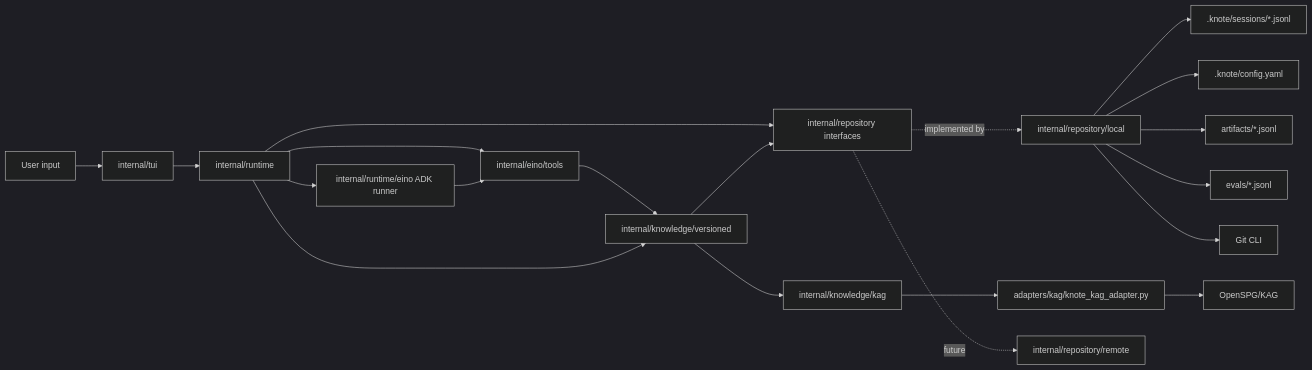
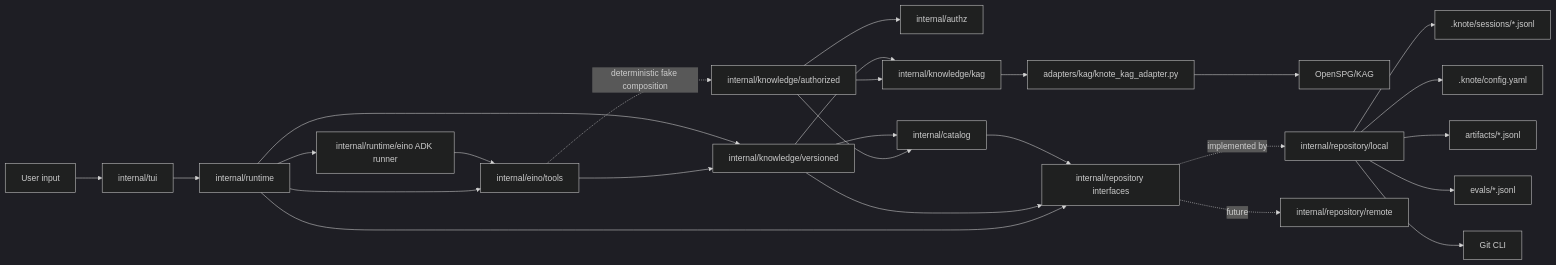
One commit to zzqDeco/knote changed the diagram in doc/architecture.md. Above: the diagram before and after it, drawn with Mermaid (dark theme). The commit also changed other lines of this file and 9 other files, not shown here.

````diff
--- a/doc/architecture.md
+++ b/doc/architecture.md
@@ -19,22 +21,28 @@
 ```mermaid
 flowchart LR
   User["User input"] --> TUI["internal/tui"]
   TUI --> Runtime["internal/runtime"]
   Runtime --> EinoRunner["internal/runtime/eino ADK runner"]
   Runtime --> EinoTools["internal/eino/tools"]
   Runtime --> RepoIf["internal/repository interfaces"]
   EinoRunner --> EinoTools
   EinoTools --> Versioned
+  EinoTools -. deterministic fake composition .-> Authorized["internal/knowledge/authorized"]
   Runtime --> Versioned["internal/knowledge/versioned"]
+  Authorized --> Authz["internal/authz"]
+  Authorized --> Catalog["internal/catalog"]
+  Authorized --> Kag
+  Versioned --> Catalog
   Versioned --> RepoIf
+  Catalog --> RepoIf
   Versioned --> Kag["internal/knowledge/kag"]
   Kag --> Adapter["adapters/kag/knote_kag_adapter.py"]
   Adapter --> OpenSPG["OpenSPG/KAG"]
   RepoIf -. implemented by .-> Local["internal/repository/local"]
   Local --> Sessions[".knote/sessions/*.jsonl"]
   Local --> Config[".knote/config.yaml"]
   Local --> Artifacts["artifacts/*.jsonl"]
   Local --> Evals["evals/*.jsonl"]
   Local --> Git["Git CLI"]
   RepoIf -. future .-> Remote["internal/repository/remote"]
 ```
````
